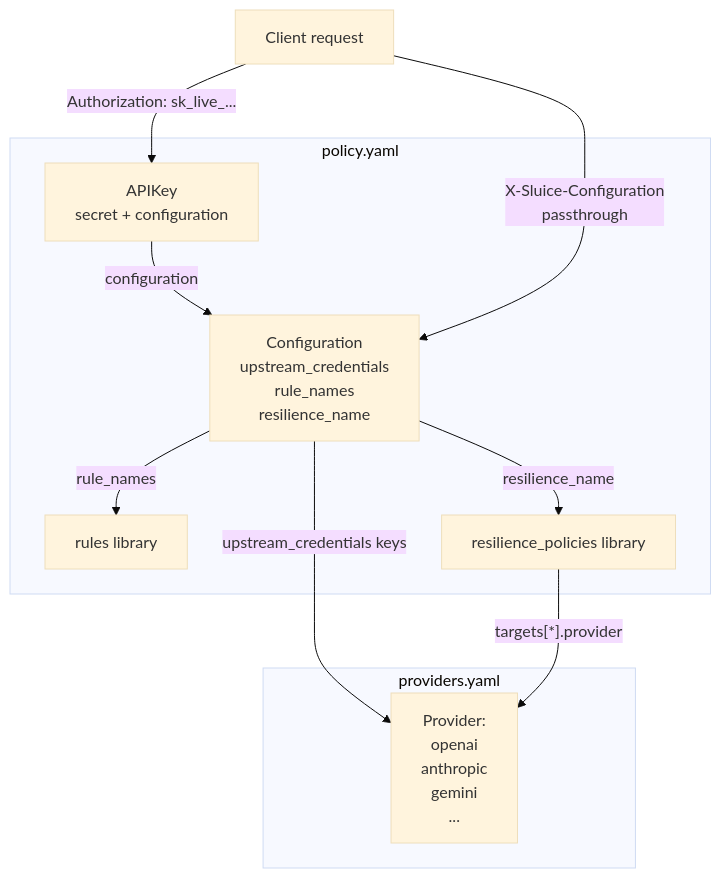
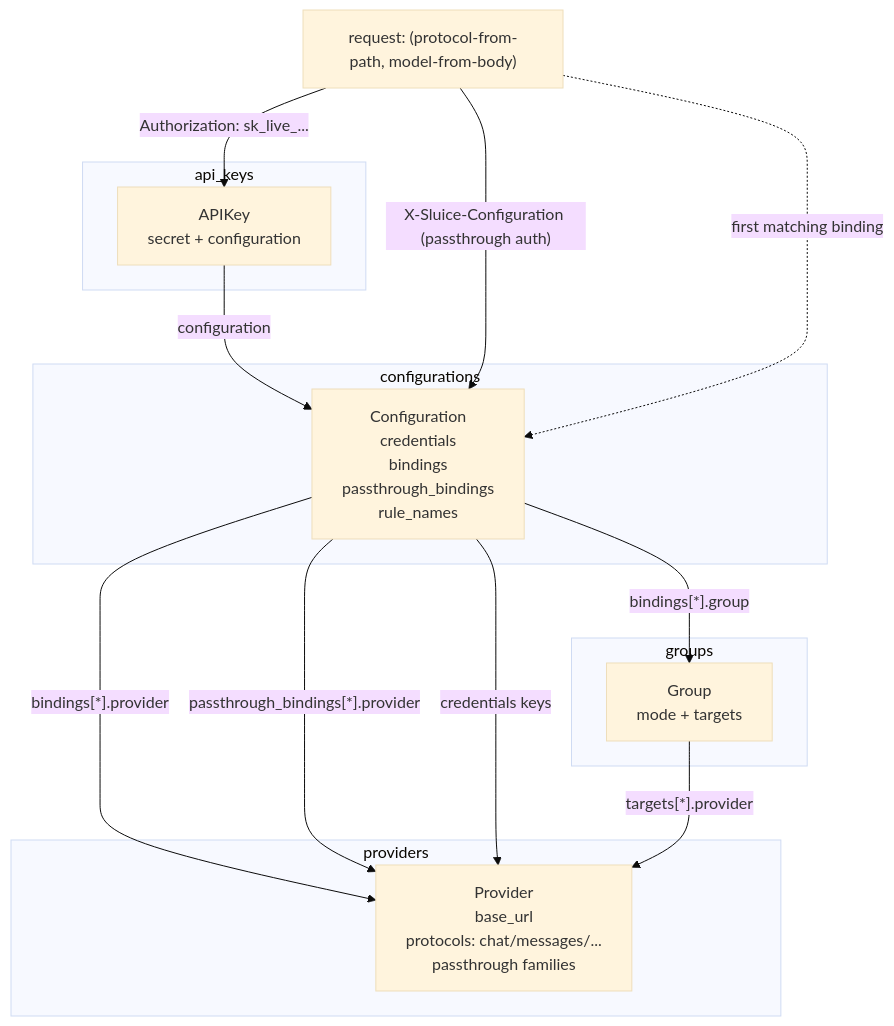
The second of 2 diagrams in docs/configuration-model.md (andyjmorgan/slipspace-gateway), drawn with Mermaid (base theme) before and after one commit. The commit also changed other lines of this file and 27 other files, not shown here.

````diff
--- a/docs/configuration-model.md
+++ b/docs/configuration-model.md
@@ -324,19 +493,26 @@
 ```mermaid
 flowchart TB
-    subgraph providersYaml [providers.yaml]
-        P1[Provider:<br/>openai<br/>anthropic<br/>gemini<br/>...]
+    subgraph providersBlock [providers]
+        P[Provider<br/>base_url<br/>protocols: chat/messages/...<br/>passthrough families]
     end
-    subgraph policyYaml [policy.yaml]
+    subgraph groupsBlock [groups]
+        G[Group<br/>mode + targets]
+    end
+    subgraph cfgBlock [configurations]
+        C[Configuration<br/>credentials<br/>bindings<br/>passthrough_bindings<br/>rule_names]
+    end
+    subgraph keysBlock [api_keys]
         K[APIKey<br/>secret + configuration]
-        C[Configuration<br/>upstream_credentials<br/>rule_names<br/>resilience_name]
-        R[rules library]
-        RP[resilience_policies library]
-        K -- configuration --> C
-        C -- rule_names --> R
-        C -- resilience_name --> RP
-        C -- upstream_credentials keys --> P1
-        RP -- targets[*].provider --> P1
     end
-    Client[Client request] -- Authorization: sk_live_... --> K
-    Client -- X-Sluice-Configuration<br/>passthrough --> C
+
+    K -- configuration --> C
+    C -- bindings[*].provider --> P
+    C -- bindings[*].group --> G
+    C -- passthrough_bindings[*].provider --> P
+    C -- credentials keys --> P
+    G -- targets[*].provider --> P
+
+    Req["request: (protocol-from-path, model-from-body)"] -- Authorization: sk_live_... --> K
+    Req -- X-Sluice-Configuration (passthrough auth) --> C
+    Req -. first matching binding .-> C
 ```
````
